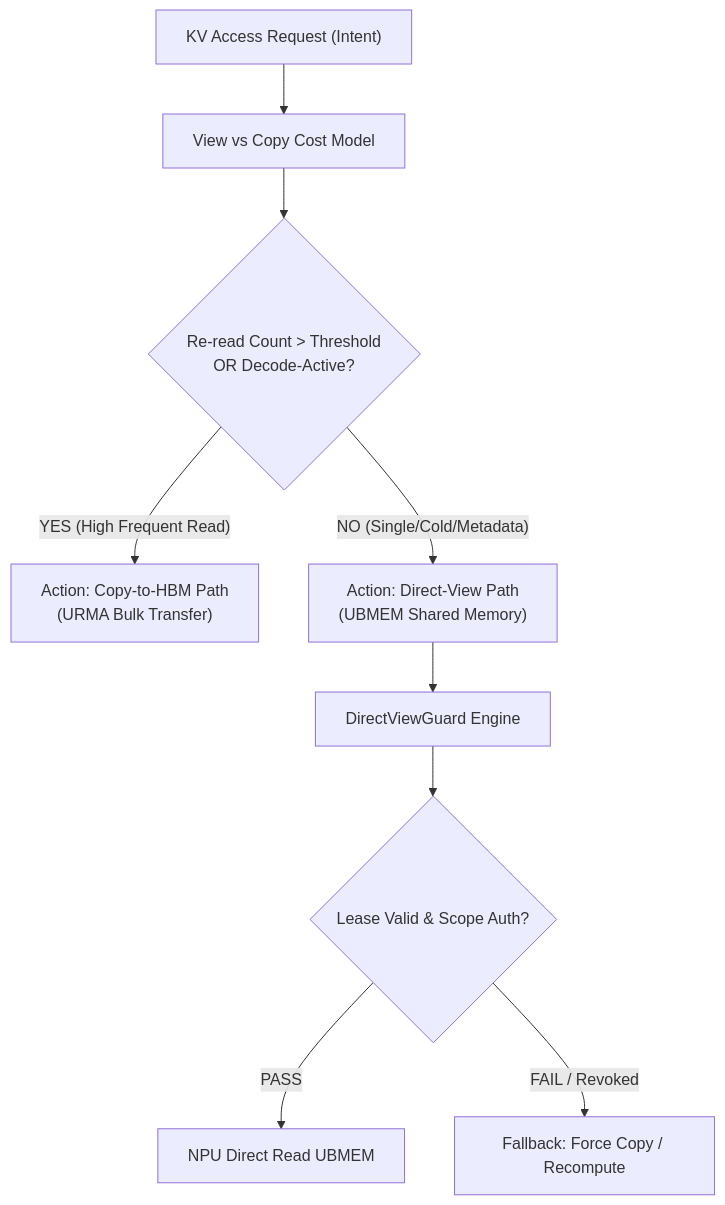
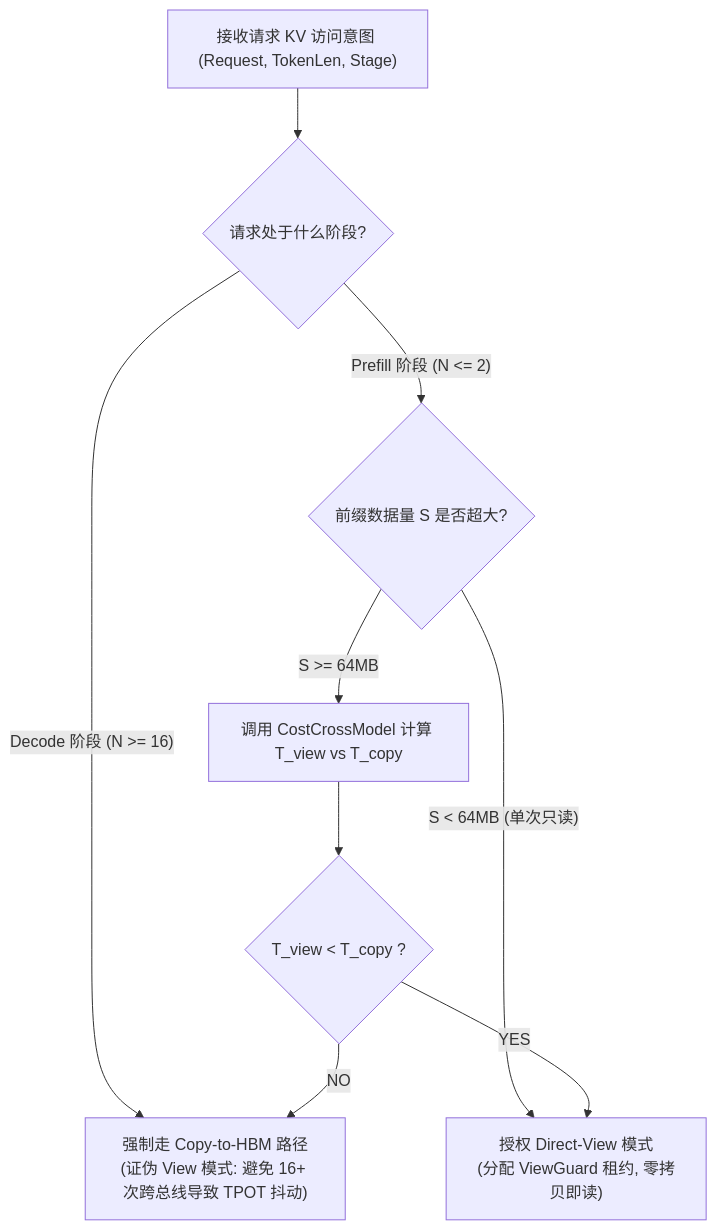
Before and after one commit to stonetree/reports: the first of 2 diagrams in kvcache/unified_kv_memory/提前验证方案设计/验证计划方案设计/04_PVT-03_DirectView与Copy-to-HBM适用边界与ViewGuard验证实施方案设计.md, drawn with Mermaid. The commit also changed other lines of this file and 51 other files, not shown here.

````diff
--- a/kvcache/unified_kv_memory/提前验证方案设计/验证计划方案设计/04_PVT-03_DirectView与Copy-to-HBM适用边界与ViewGuard验证实施方案设计.md
+++ b/kvcache/unified_kv_memory/提前验证方案设计/验证计划方案设计/04_PVT-03_DirectView与Copy-to-HBM适用边界与ViewGuard验证实施方案设计.md
@@ -58,13 +49,11 @@
 ```mermaid
 flowchart TD
-    Req["KV Access Request (Intent)"] --> CostModel["View vs Copy Cost Model"]
-    CostModel --> Decision{"Re-read Count > Threshold<br/>OR Decode-Active?"}
-
-    Decision -- "YES (High Frequent Read)" --> CopyPath["Action: Copy-to-HBM Path<br/>(URMA Bulk Transfer)"]
-    Decision -- "NO (Single/Cold/Metadata)" --> ViewPath["Action: Direct-View Path<br/>(UBMEM Shared Memory)"]
-
-    ViewPath --> ViewGuard["DirectViewGuard Engine"]
-    ViewGuard --> LeaseCheck{"Lease Valid & Scope Auth?"}
-    LeaseCheck -- "PASS" --> NPUAccess["NPU Direct Read UBMEM"]
-    LeaseCheck -- "FAIL / Revoked" --> FallbackCopy["Fallback: Force Copy / Recompute"]
+    Req["接收请求 KV 访问意图 (Request, TokenLen, Stage)"] --> StageCheck{"请求处于什么阶段?"}
+    StageCheck -- "Decode 阶段 (N >= 16)" --> ForceCopy["强制走 Copy-to-HBM 路径<br/>(证伪 View 模式: 避免 16+ 次跨总线导致 TPOT 抖动)"]
+    StageCheck -- "Prefill 阶段 (N <= 2)" --> SizeCheck{"前缀数据量 S 是否超大?"}
+    SizeCheck -- "S >= 64MB" --> EvalModel["调用 CostCrossModel 计算 T_view vs T_copy"]
+    SizeCheck -- "S < 64MB (单次只读)" --> GrantView["授权 Direct-View 模式<br/>(分配 ViewGuard 租约, 零拷贝即读)"]
+    EvalModel --> Compare{"T_view < T_copy ?"}
+    Compare -- "YES" --> GrantView
+    Compare -- "NO" --> ForceCopy
 ```
````
